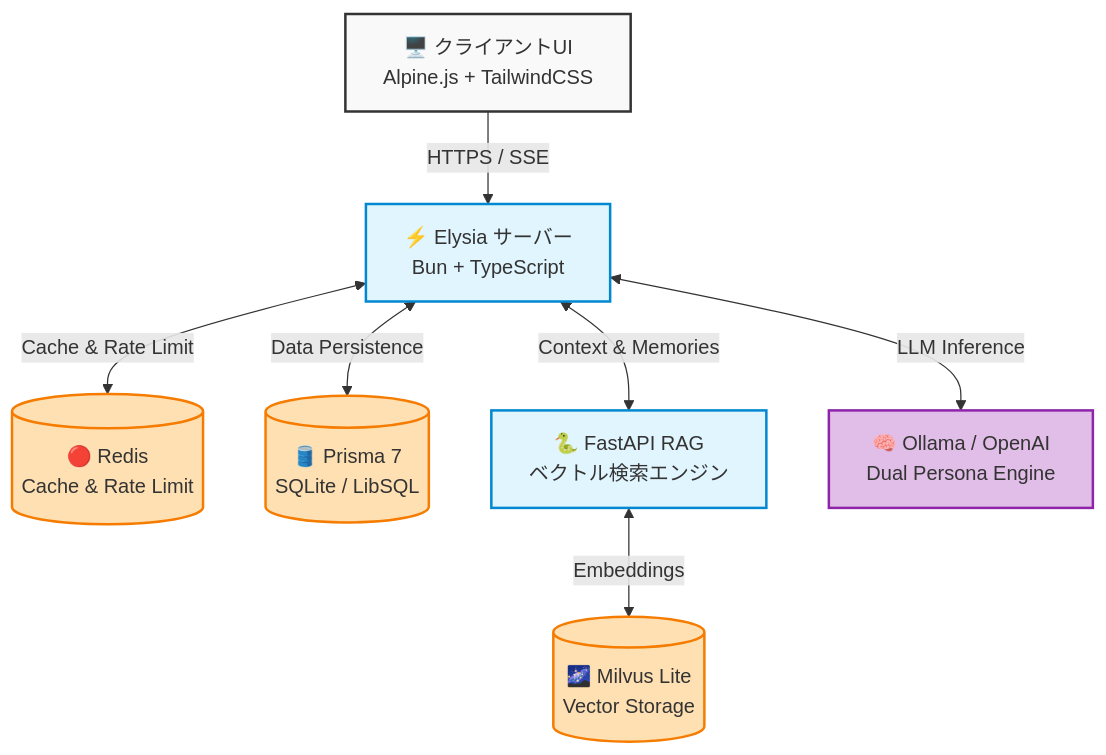
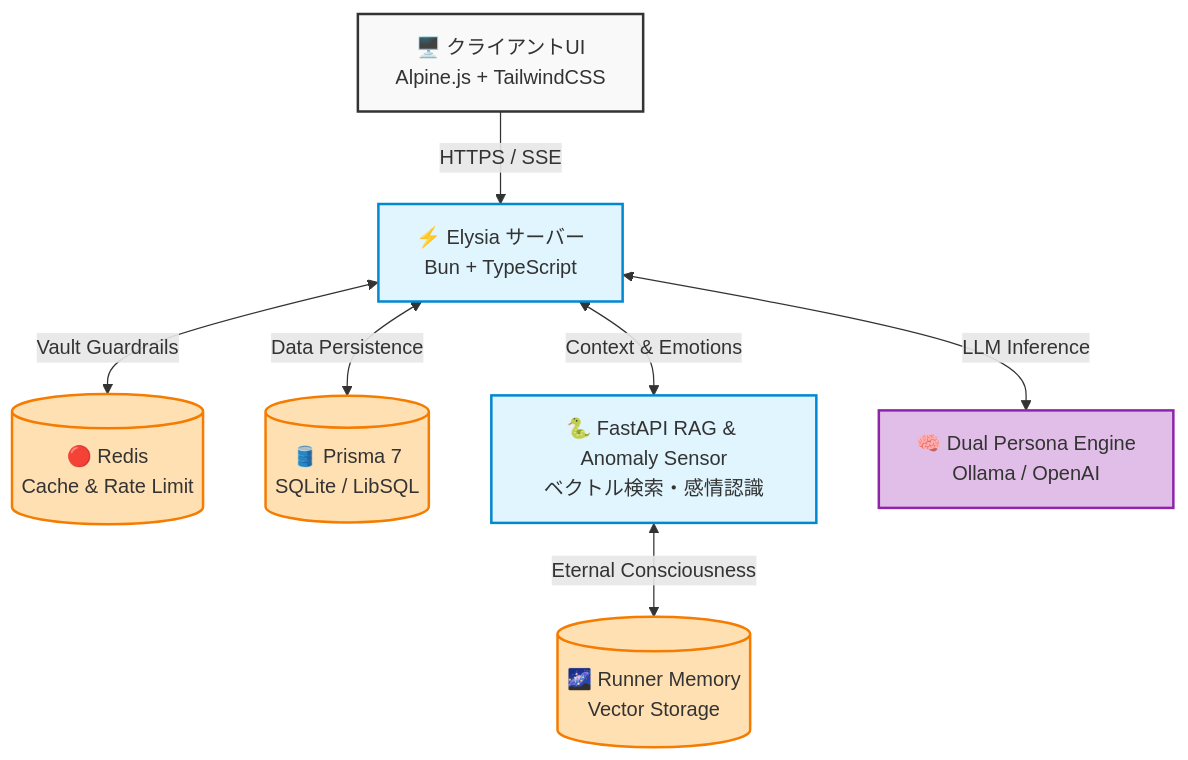
Before and after one commit to Elysia20220909/ElysiaAI: the diagram in README.md, drawn with Mermaid. The commit also changed other lines of this file and 3 other files, not shown here.

Commit message:
feat: initialize FastAPI server and update documentation

````diff
--- a/README.md
+++ b/README.md
@@ -194,22 +39,22 @@
 ```mermaid
 graph TD
     classDef client fill:#f9f9f9,stroke:#333,stroke-width:2px;
     classDef server fill:#e1f5fe,stroke:#0288d1,stroke-width:2px;
     classDef db fill:#ffe0b2,stroke:#f57c00,stroke-width:2px;
     classDef ai fill:#e1bee7,stroke:#8e24aa,stroke-width:2px;
 
     UI[🖥️ クライアントUI<br/>Alpine.js + TailwindCSS]:::client
     Backend[⚡ Elysia サーバー<br/>Bun + TypeScript]:::server
     Redis[(🔴 Redis<br/>Cache & Rate Limit)]:::db
     DB[(🛢️ Prisma 7<br/>SQLite / LibSQL)]:::db
-    PythonRAG[🐍 FastAPI RAG<br/>ベクトル検索エンジン]:::server
-    Milvus[(🌌 Milvus Lite<br/>Vector Storage)]:::db
-    Ollama[🧠 Ollama / OpenAI<br/>Dual Persona Engine]:::ai
+    PythonRAG[🐍 FastAPI RAG & Anomaly Sensor<br/>ベクトル検索・感情認識]:::server
+    Milvus[(🌌 Runner Memory<br/>Vector Storage)]:::db
+    Ollama[🧠 Dual Persona Engine<br/>Ollama / OpenAI]:::ai
 
     UI -->|HTTPS / SSE| Backend
-    Backend <-->|Cache & Rate Limit| Redis
+    Backend <-->|Vault Guardrails| Redis
     Backend <-->|Data Persistence| DB
-    Backend <-->|Context & Memories| PythonRAG
-    PythonRAG <-->|Embeddings| Milvus
+    Backend <-->|Context & Emotions| PythonRAG
+    PythonRAG <-->|Eternal Consciousness| Milvus
     Backend <-->|LLM Inference| Ollama
 ```
````
